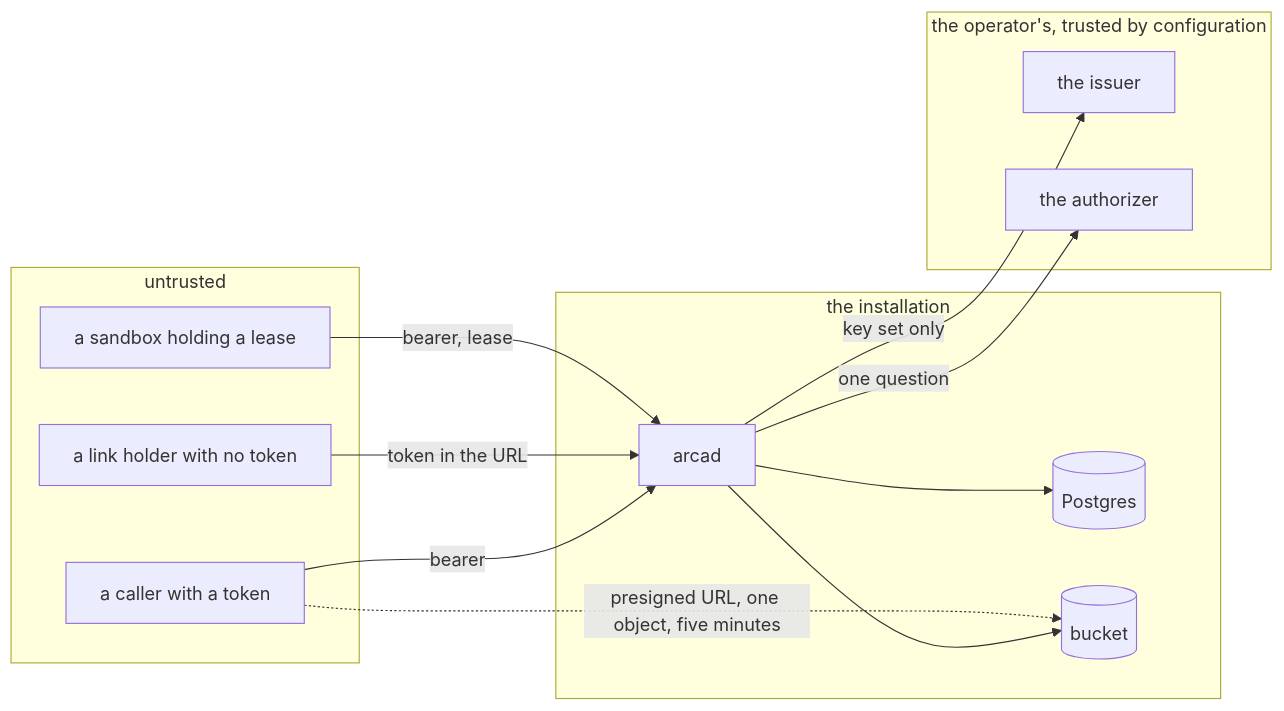
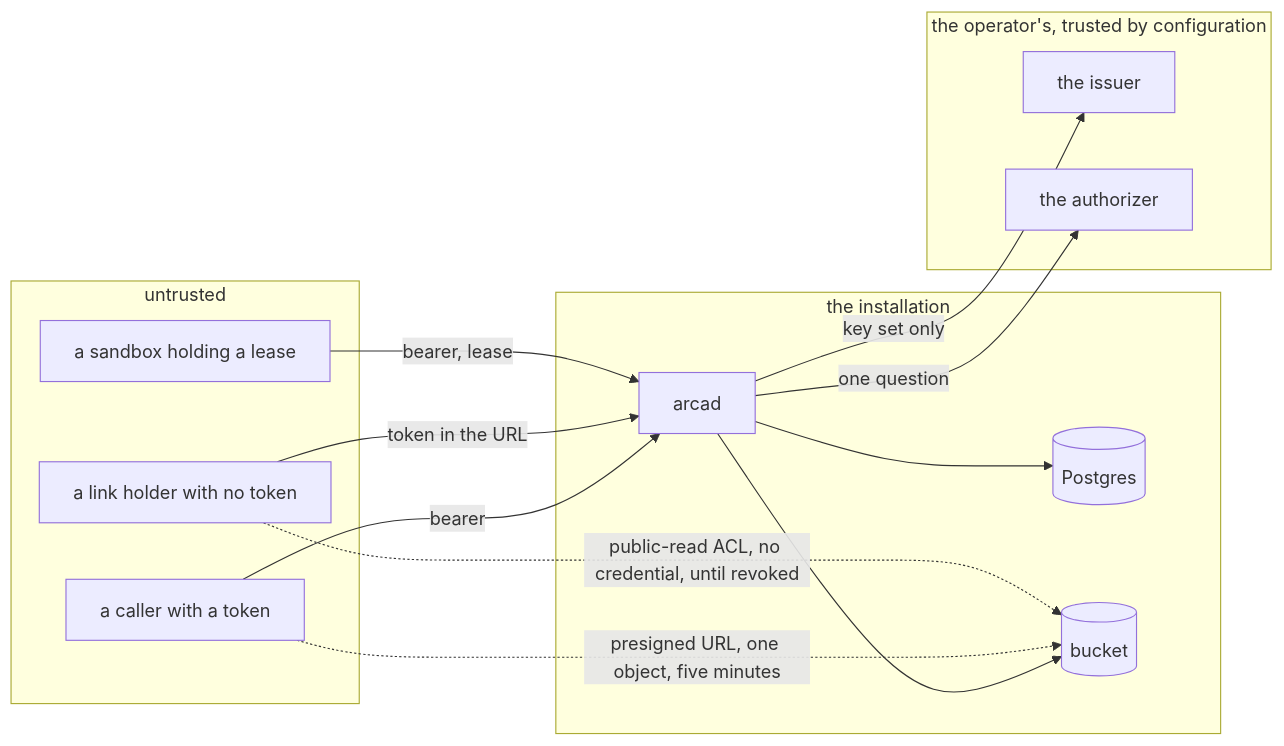
One commit to latere-ai/arca changed the first of 2 diagrams in specs/015-security-and-threat-model.md. Above: the diagram before and after it, drawn with Mermaid. The commit also changed other lines of this file and 10 other files, not shown here.

````diff
--- a/specs/015-security-and-threat-model.md
+++ b/specs/015-security-and-threat-model.md
@@ -59,25 +85,26 @@
 ```mermaid
 flowchart LR
   subgraph untrusted[untrusted]
     C[a caller with a token]
     L[a link holder with no token]
     S[a sandbox holding a lease]
   end
   subgraph core[the installation]
     A[arcad]
     P[(Postgres)]
     B[(bucket)]
   end
   subgraph operator[the operator's, trusted by configuration]
     I[the issuer]
     Z[the authorizer]
   end
   C -->|bearer| A
   L -->|token in the URL| A
   S -->|bearer, lease| A
   A --> P
   A --> B
   C -.->|presigned URL, one object, five minutes| B
+  L -.->|public-read ACL, no credential, until revoked| B
   A -->|key set only| I
   A -->|one question| Z
 ```
````
